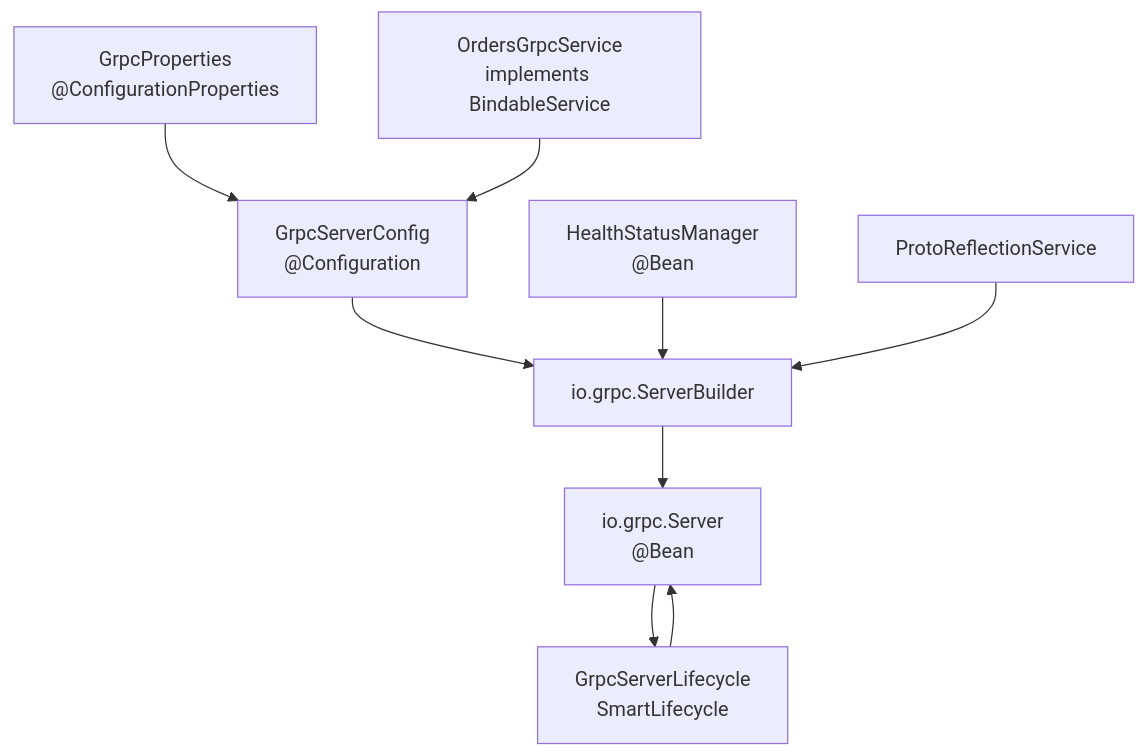
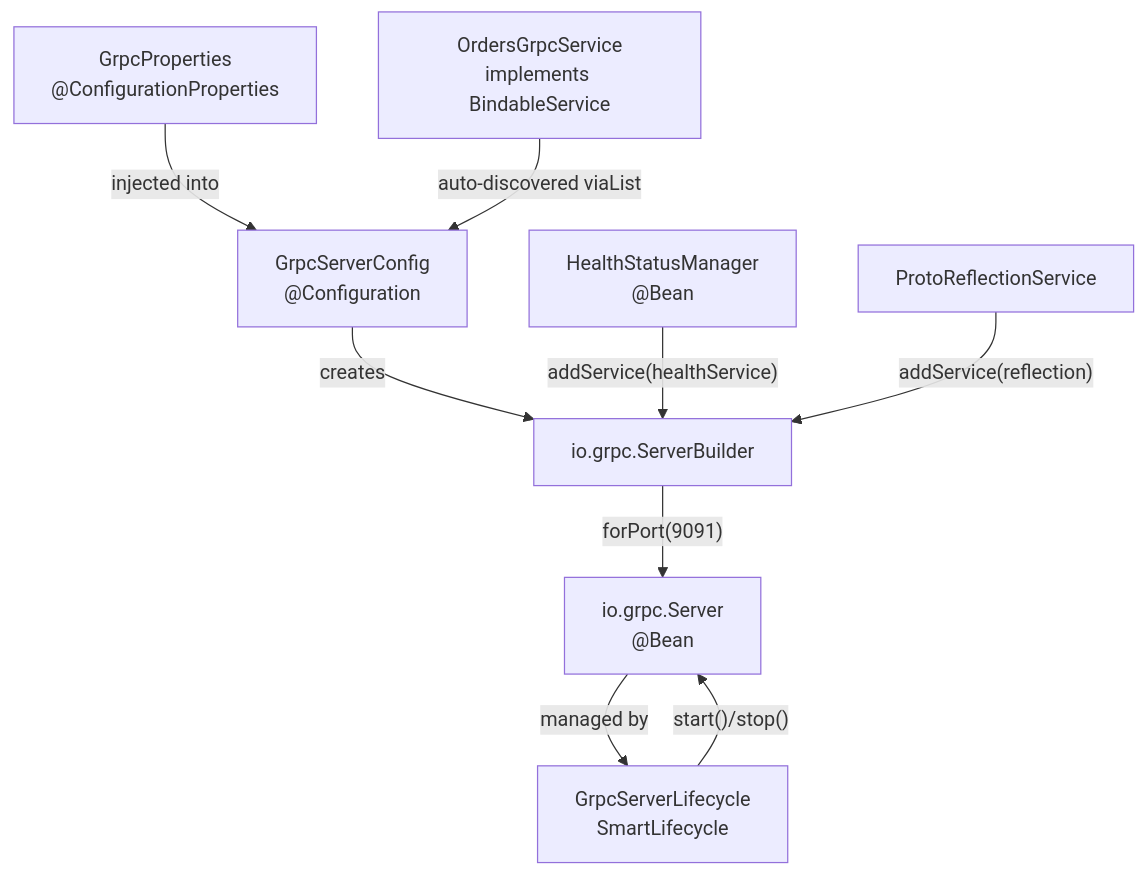
Before and after one commit to philipz/spring-modular-monolith: the first of 8 diagrams in docs/deepwiki/gRPC-Server-Configuration.md, drawn with Mermaid. The commit also changed other lines of this file and 55 other files, not shown here.

````diff
--- a/docs/deepwiki/gRPC-Server-Configuration.md
+++ b/docs/deepwiki/gRPC-Server-Configuration.md
@@ -30,21 +30,21 @@
 ```mermaid
 flowchart TD
 
 GrpcProperties["GrpcProperties<br>@ConfigurationProperties"]
 GrpcServerConfig["GrpcServerConfig<br>@Configuration"]
 ServerBuilder["io.grpc.ServerBuilder"]
 Server["io.grpc.Server<br>@Bean"]
 GrpcServerLifecycle["GrpcServerLifecycle<br>SmartLifecycle"]
 OrdersGrpcService["OrdersGrpcService<br>implements BindableService"]
 HealthStatusManager["HealthStatusManager<br>@Bean"]
 ProtoReflection["ProtoReflectionService"]
 
-GrpcProperties --> GrpcServerConfig
-GrpcServerConfig --> ServerBuilder
-ServerBuilder --> Server
-OrdersGrpcService --> GrpcServerConfig
-HealthStatusManager --> ServerBuilder
-ProtoReflection --> ServerBuilder
-Server --> GrpcServerLifecycle
-GrpcServerLifecycle --> Server
+GrpcProperties -->|"injected into"| GrpcServerConfig
+GrpcServerConfig -->|"creates"| ServerBuilder
+ServerBuilder -->|"forPort(9091)"| Server
+OrdersGrpcService -->|"auto-discovered viaList<BindableService>"| GrpcServerConfig
+HealthStatusManager -->|"addService(healthService)"| ServerBuilder
+ProtoReflection -->|"addService(reflection)"| ServerBuilder
+Server -->|"managed by"| GrpcServerLifecycle
+GrpcServerLifecycle -->|"start()/stop()"| Server
 ```
````
